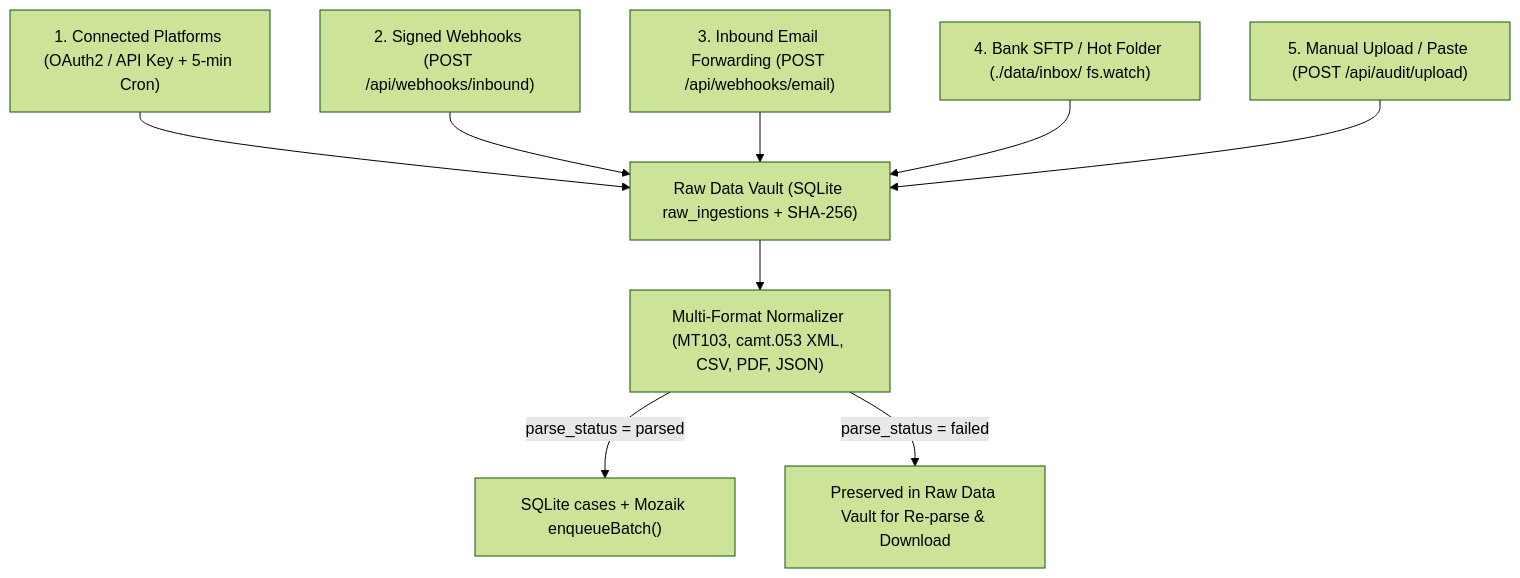
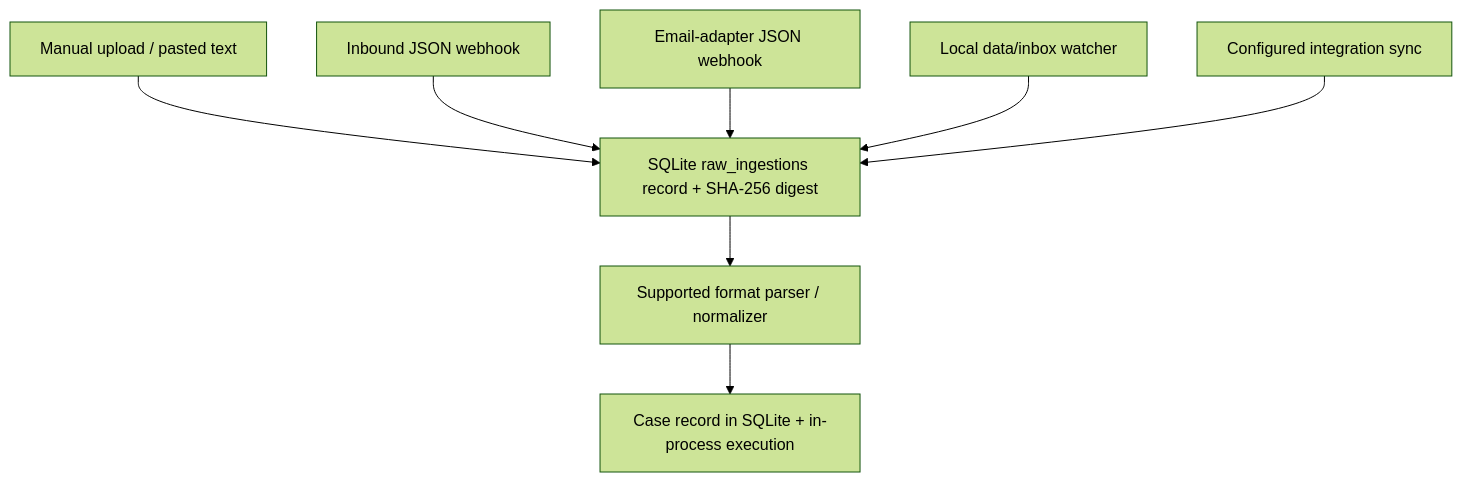
Before and after one commit to sainibhaowal/Corridor-Audit: the diagram in docs/Case Study/02-data-ingestion-and-raw-vault.md, drawn with Mermaid (forest theme). The commit also changed other lines of this file and 9 other files, not shown here.

````diff
--- a/docs/Case Study/02-data-ingestion-and-raw-vault.md
+++ b/docs/Case Study/02-data-ingestion-and-raw-vault.md
@@ -7,12 +7,10 @@
 ```mermaid
 flowchart TD
-    C1["1. Connected Platforms (OAuth2 / API Key + 5-min Cron)"] --> VAULT["Raw Data Vault (SQLite raw_ingestions + SHA-256)"]
-    C2["2. Signed Webhooks (POST /api/webhooks/inbound)"] --> VAULT
-    C3["3. Inbound Email Forwarding (POST /api/webhooks/email)"] --> VAULT
-    C4["4. Bank SFTP / Hot Folder (./data/inbox/ fs.watch)"] --> VAULT
-    C5["5. Manual Upload / Paste (POST /api/audit/upload)"] --> VAULT
-
-    VAULT --> NORM["Multi-Format Normalizer (MT103, camt.053 XML, CSV, PDF, JSON)"]
-    NORM -->|"parse_status = parsed"| CASES["SQLite cases + Mozaik enqueueBatch()"]
-    NORM -->|"parse_status = failed"| RETRY["Preserved in Raw Data Vault for Re-parse & Download"]
+    UPLOAD["Manual upload / pasted text"] --> VAULT["SQLite raw_ingestions record + SHA-256 digest"]
+    WEBHOOK["Inbound JSON webhook"] --> VAULT
+    EMAIL["Email-adapter JSON webhook"] --> VAULT
+    FOLDER["Local data/inbox watcher"] --> VAULT
+    SYNC["Configured integration sync"] --> VAULT
+    VAULT --> PARSE["Supported format parser / normalizer"]
+    PARSE --> CASES["Case record in SQLite + in-process execution"]
 ```
````
